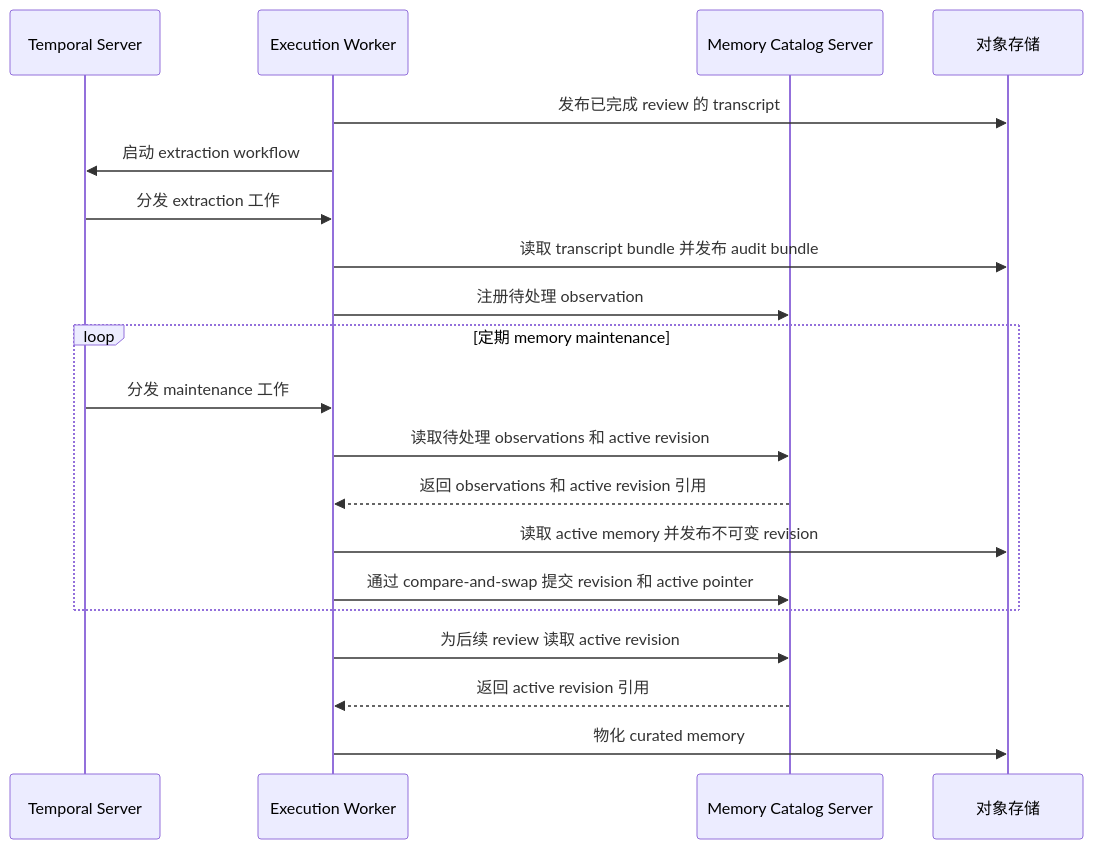
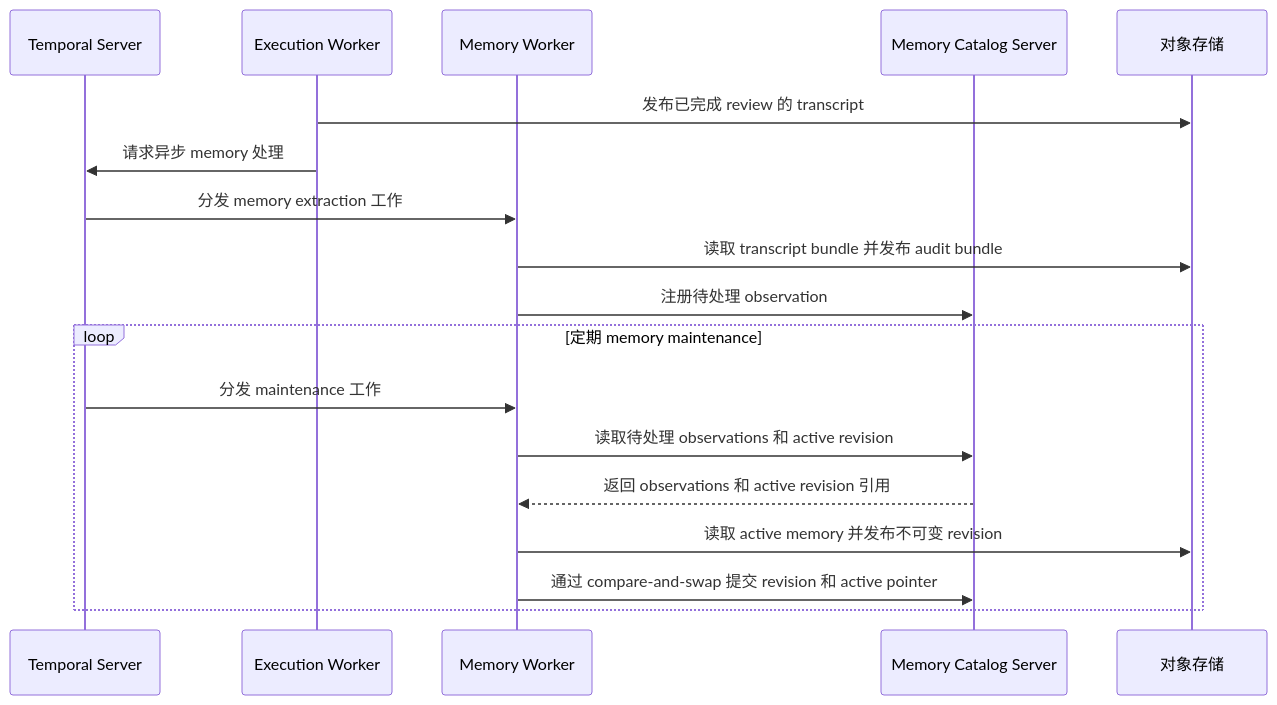
One commit to Agent-AI-Chalmers/sec-review-bot changed the second of 2 diagrams in docs/architecture/SYSTEM_ARCHITECTURE.zh.md. Above: the diagram before and after it, drawn with Mermaid. The commit also changed other lines of this file and 97 other files, not shown here.

First line of the commit message:
refactor: separate Temporal execution and memory workers (#134)

````diff
--- a/docs/architecture/SYSTEM_ARCHITECTURE.zh.md
+++ b/docs/architecture/SYSTEM_ARCHITECTURE.zh.md
@@ -51,23 +51,21 @@
 ```mermaid
 sequenceDiagram
   participant Temporal as Temporal Server
-  participant Worker as Execution Worker
+  participant ExecutionWorker as Execution Worker
+  participant MemoryWorker as Memory Worker
   participant Catalog as Memory Catalog Server
   participant Storage as 对象存储
 
-  Worker->>Storage: 发布已完成 review 的 transcript
-  Worker->>Temporal: 启动 extraction workflow
-  Temporal->>Worker: 分发 extraction 工作
-  Worker->>Storage: 读取 transcript bundle 并发布 audit bundle
-  Worker->>Catalog: 注册待处理 observation
+  ExecutionWorker->>Storage: 发布已完成 review 的 transcript
+  ExecutionWorker->>Temporal: 请求异步 memory 处理
+  Temporal->>MemoryWorker: 分发 memory extraction 工作
+  MemoryWorker->>Storage: 读取 transcript bundle 并发布 audit bundle
+  MemoryWorker->>Catalog: 注册待处理 observation
   loop 定期 memory maintenance
-    Temporal->>Worker: 分发 maintenance 工作
-    Worker->>Catalog: 读取待处理 observations 和 active revision
-    Catalog-->>Worker: 返回 observations 和 active revision 引用
-    Worker->>Storage: 读取 active memory 并发布不可变 revision
-    Worker->>Catalog: 通过 compare-and-swap 提交 revision 和 active pointer
+    Temporal->>MemoryWorker: 分发 maintenance 工作
+    MemoryWorker->>Catalog: 读取待处理 observations 和 active revision
+    Catalog-->>MemoryWorker: 返回 observations 和 active revision 引用
+    MemoryWorker->>Storage: 读取 active memory 并发布不可变 revision
+    MemoryWorker->>Catalog: 通过 compare-and-swap 提交 revision 和 active pointer
   end
-  Worker->>Catalog: 为后续 review 读取 active revision
-  Catalog-->>Worker: 返回 active revision 引用
-  Worker->>Storage: 物化 curated memory
 ```
````
